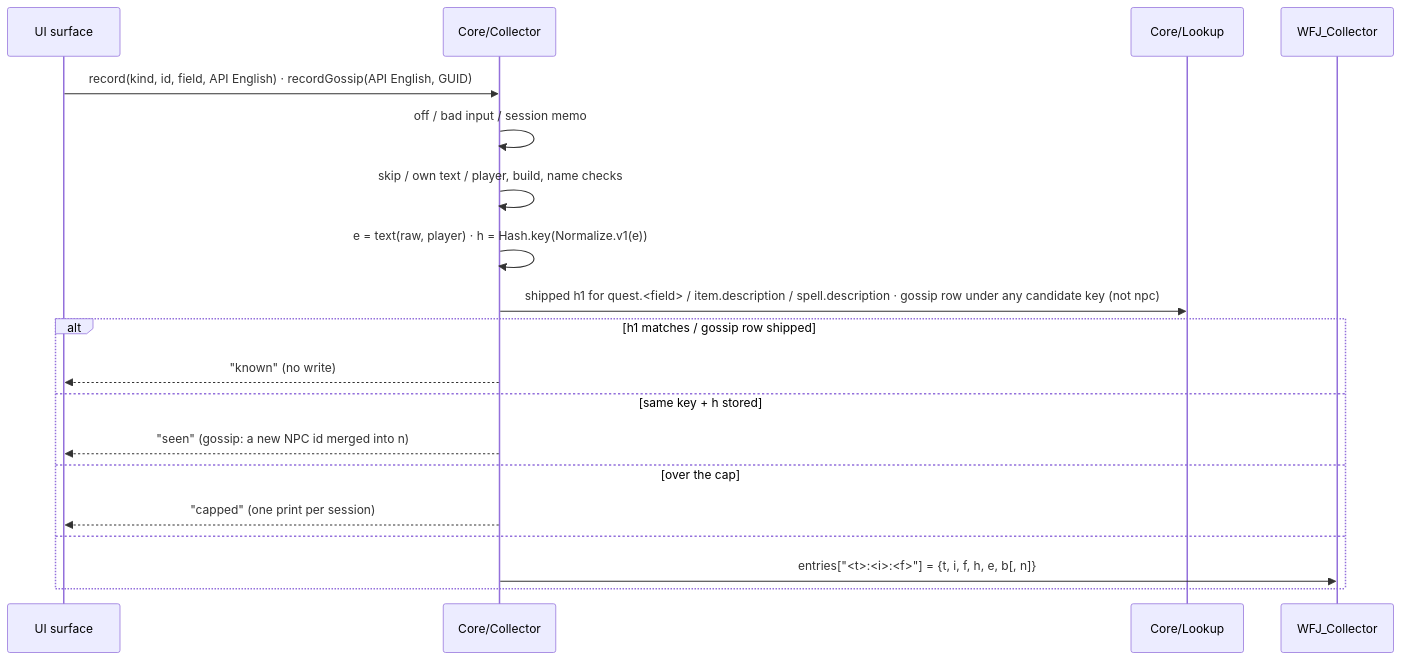
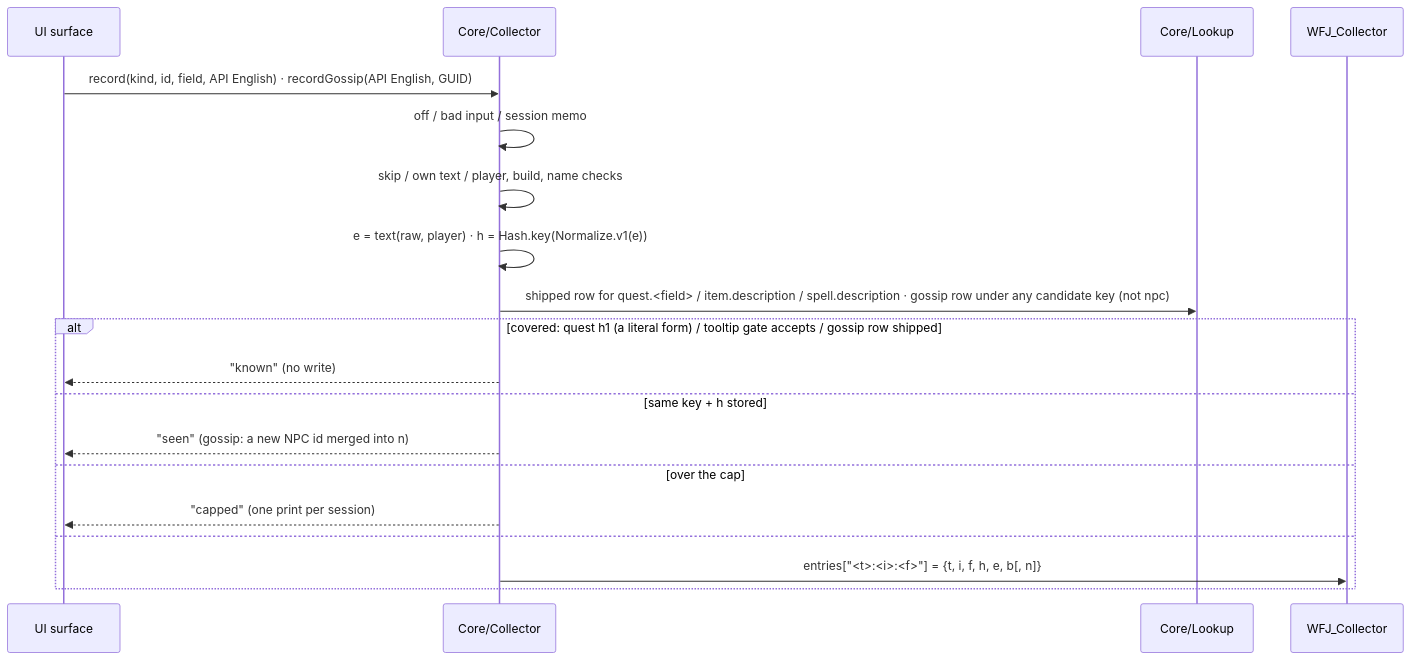
The diagram in docs/systems/collector.md (zyaga/wow-forever-japanese), drawn with Mermaid before and after one commit. The commit also changed other lines of this file and 13 other files, not shown here.

````diff
--- a/docs/systems/collector.md
+++ b/docs/systems/collector.md
@@ -11,21 +11,21 @@
 ```mermaid
 sequenceDiagram
   participant S as UI surface
   participant C as Core/Collector
   participant L as Core/Lookup
   participant SV as WFJ_Collector
   S->>C: record(kind, id, field, API English) · recordGossip(API English, GUID)
   C->>C: off / bad input / session memo
   C->>C: skip / own text / player, build, name checks
   C->>C: e = text(raw, player) · h = Hash.key(Normalize.v1(e))
-  C->>L: shipped h1 for quest.<field> / item.description / spell.description · gossip row under any candidate key (not npc)
-  alt h1 matches / gossip row shipped
+  C->>L: shipped row for quest.<field> / item.description / spell.description · gossip row under any candidate key (not npc)
+  alt covered: quest h1 (a literal form) / tooltip gate accepts / gossip row shipped
     C-->>S: "known" (no write)
   else same key + h stored
     C-->>S: "seen" (gossip: a new NPC id merged into n)
   else over the cap
     C-->>S: "capped" (one print per session)
   else
     C->>SV: entries["<t>:<i>:<f>"] = {t, i, f, h, e, b[, n]}
   end
 ```
````
